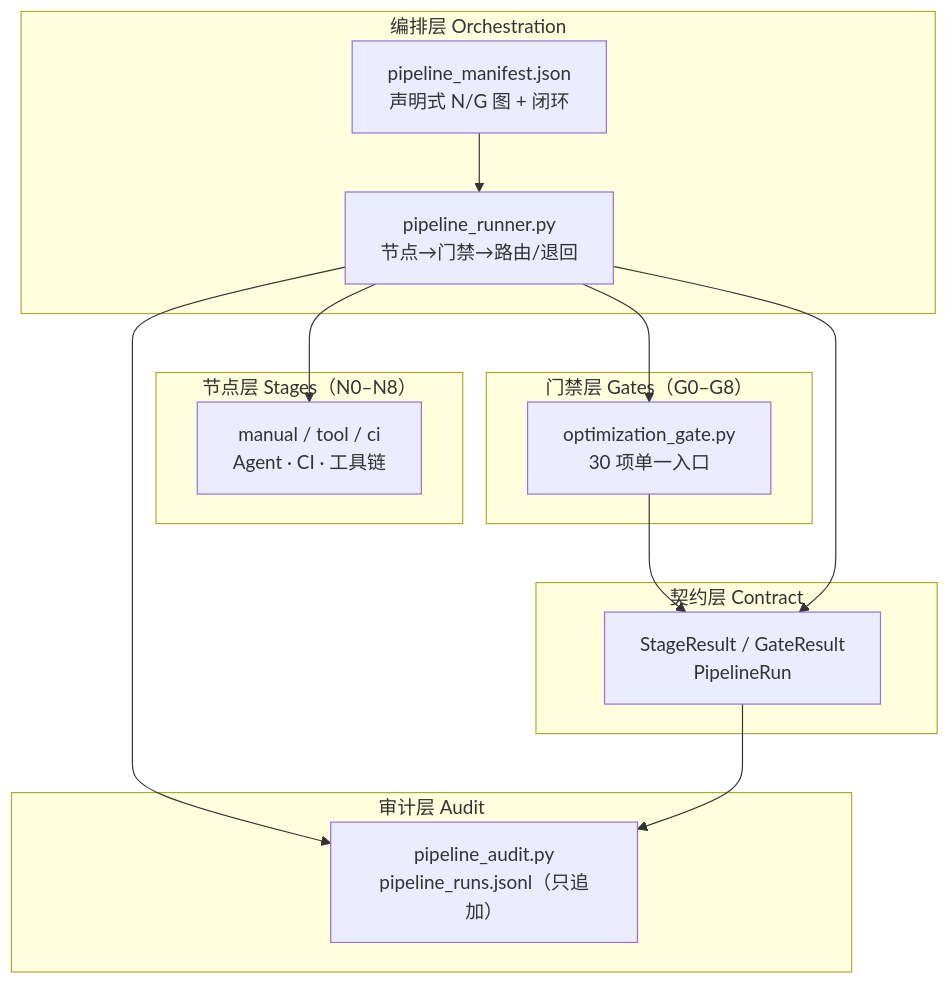
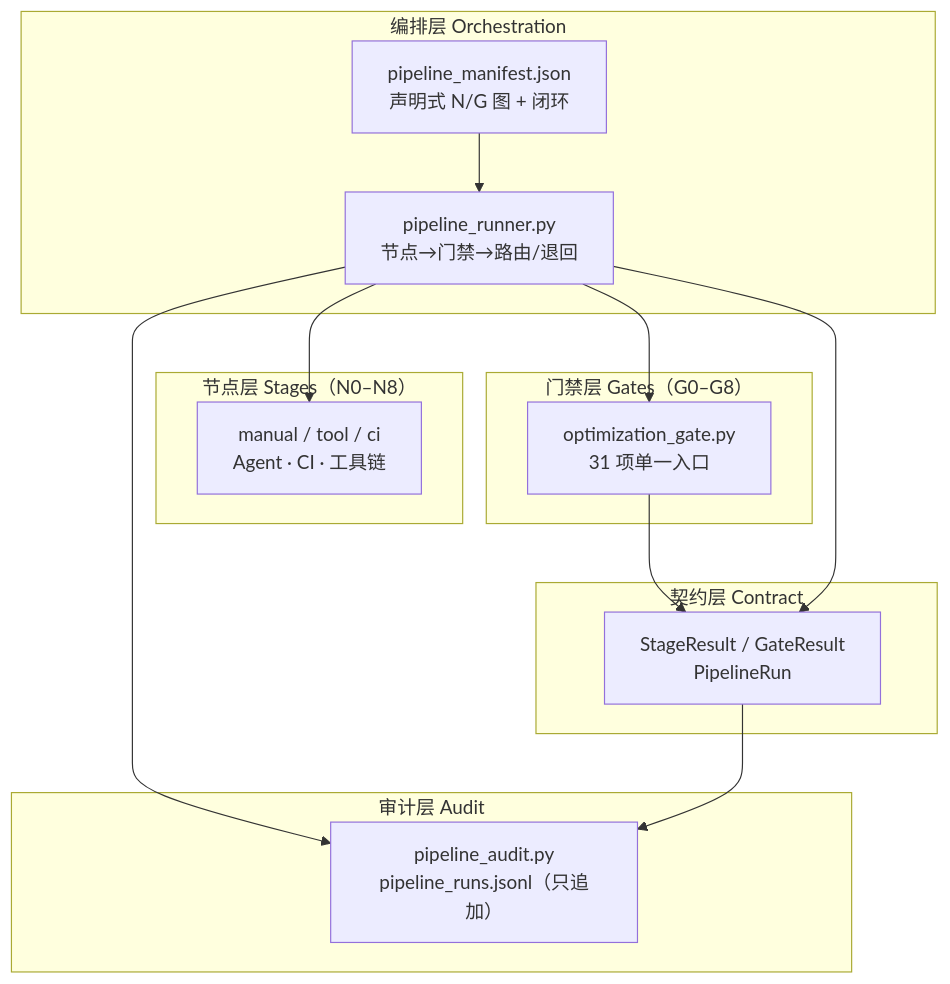
Before and after one commit to hmbphxkw76-byte/tech-context-digest: the diagram in engine/docs/report-pipeline-implementation-plan.md, drawn with Mermaid. The commit also changed other lines of this file and 37 other files, not shown here.

````diff
--- a/engine/docs/report-pipeline-implementation-plan.md
+++ b/engine/docs/report-pipeline-implementation-plan.md
@@ -24,26 +24,26 @@
 ```mermaid
 flowchart TB
     subgraph ORCH["编排层 Orchestration"]
         M["pipeline_manifest.json<br/>声明式 N/G 图 + 闭环"]
         R["pipeline_runner.py<br/>节点→门禁→路由/退回"]
     end
     subgraph STAGE["节点层 Stages（N0–N8）"]
         S["manual / tool / ci<br/>Agent · CI · 工具链"]
     end
     subgraph GATE["门禁层 Gates（G0–G8）"]
-        OG["optimization_gate.py<br/>30 项单一入口"]
+        OG["optimization_gate.py<br/>31 项单一入口"]
     end
     subgraph CONTRACT["契约层 Contract"]
         C["StageResult / GateResult<br/>PipelineRun"]
     end
     subgraph AUDIT["审计层 Audit"]
         A["pipeline_audit.py<br/>pipeline_runs.jsonl（只追加）"]
     end
     M --> R
     R --> S
     R --> OG
     OG --> C
     R --> C
     R --> A
     C --> A
 ```
````
